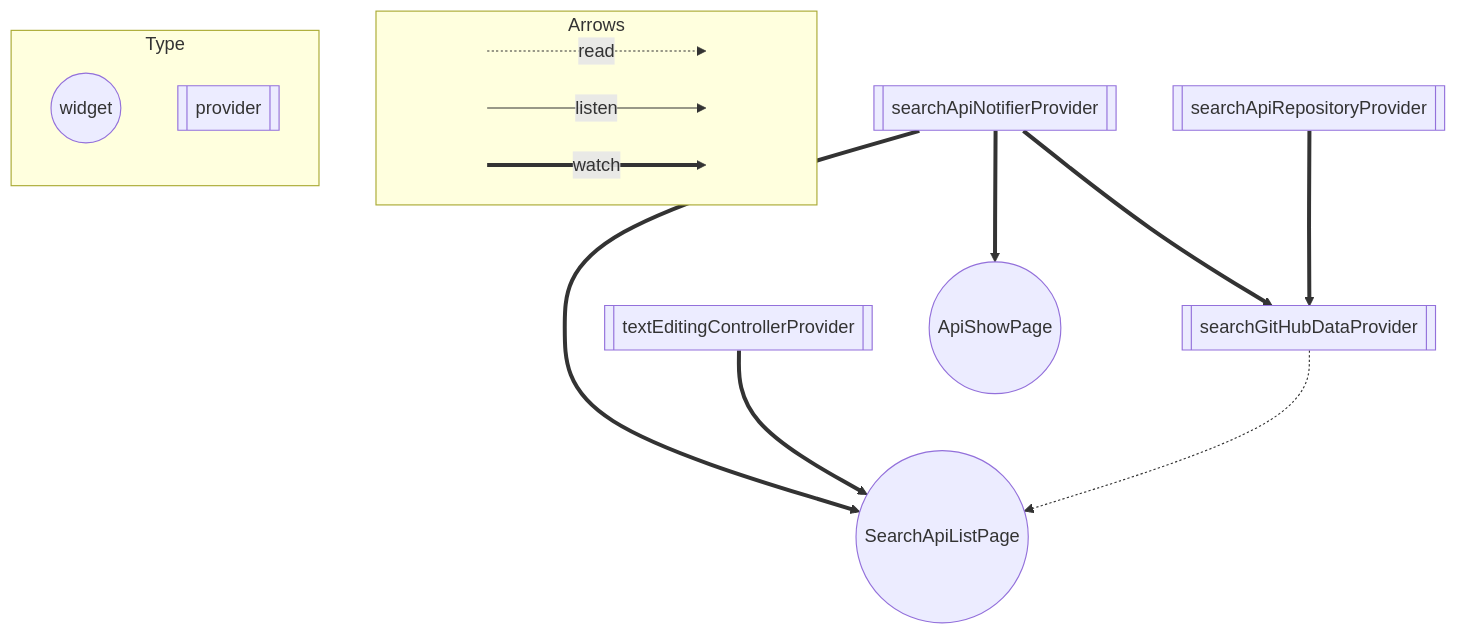
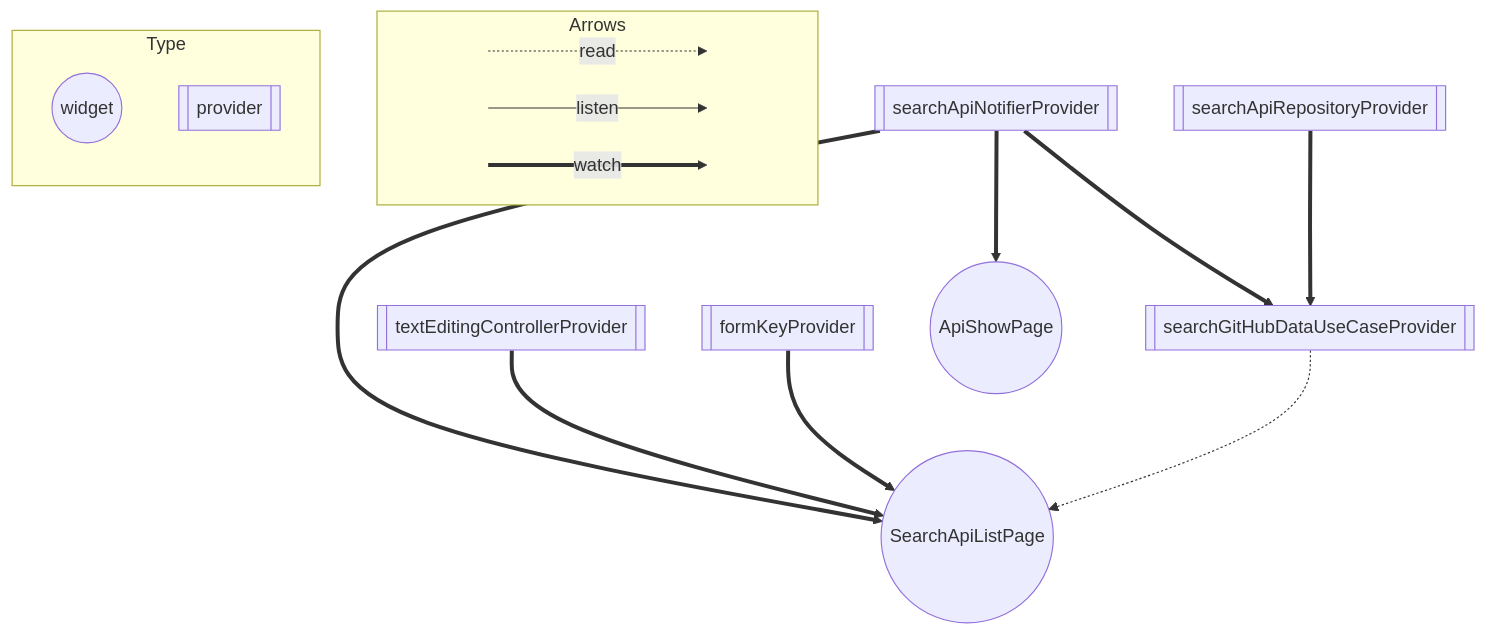
Before and after one commit to masal9pse/flutter_search_repository_app: the diagram in README.md, drawn with Mermaid. The commit also changed other lines of this file and 1 other file, not shown here.

Commit message:
riverpod_graphの更新

````diff
--- a/README.md
+++ b/README.md
@@ -94,34 +94,36 @@
 ```mermaid
 flowchart TB
   subgraph Arrows
     direction LR
     start1[ ] -..->|read| stop1[ ]
     style start1 height:0px;
     style stop1 height:0px;
     start2[ ] --->|listen| stop2[ ]
     style start2 height:0px;
     style stop2 height:0px;
     start3[ ] ===>|watch| stop3[ ]
     style start3 height:0px;
     style stop3 height:0px;
   end
   subgraph Type
     direction TB
     ConsumerWidget((widget));
     Provider[[provider]];
   end
 
-  searchGitHubDataProvider[["searchGitHubDataProvider"]];
+  searchGitHubDataUseCaseProvider[["searchGitHubDataUseCaseProvider"]];
   searchApiNotifierProvider[["searchApiNotifierProvider"]];
   searchApiRepositoryProvider[["searchApiRepositoryProvider"]];
   textEditingControllerProvider[["textEditingControllerProvider"]];
+  formKeyProvider[["formKeyProvider"]];
   SearchApiListPage((SearchApiListPage));
   ApiShowPage((ApiShowPage));
 
   searchApiNotifierProvider ==> SearchApiListPage;
   textEditingControllerProvider ==> SearchApiListPage;
-  searchGitHubDataProvider -.-> SearchApiListPage;
+  formKeyProvider ==> SearchApiListPage;
+  searchGitHubDataUseCaseProvider -.-> SearchApiListPage;
   searchApiNotifierProvider ==> ApiShowPage;
-  searchApiNotifierProvider ==> searchGitHubDataProvider;
-  searchApiRepositoryProvider ==> searchGitHubDataProvider;
+  searchApiNotifierProvider ==> searchGitHubDataUseCaseProvider;
+  searchApiRepositoryProvider ==> searchGitHubDataUseCaseProvider;
 ```
````
